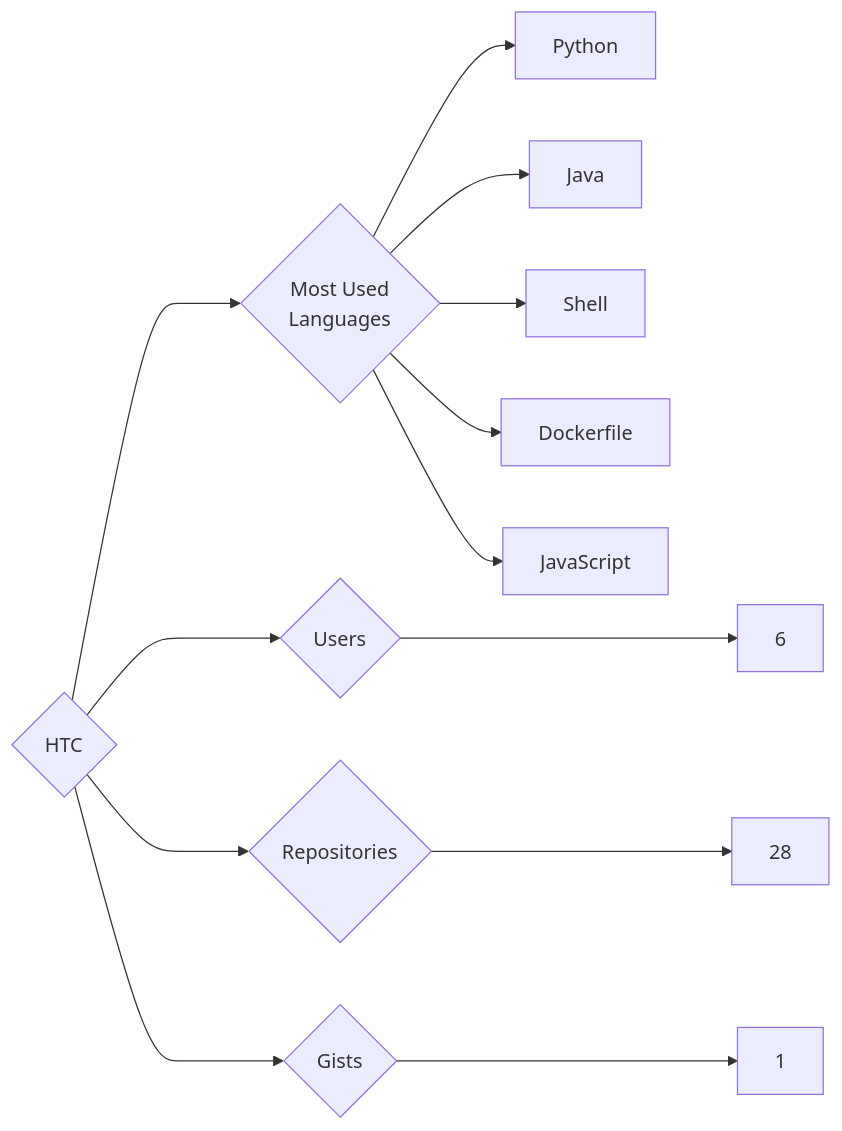
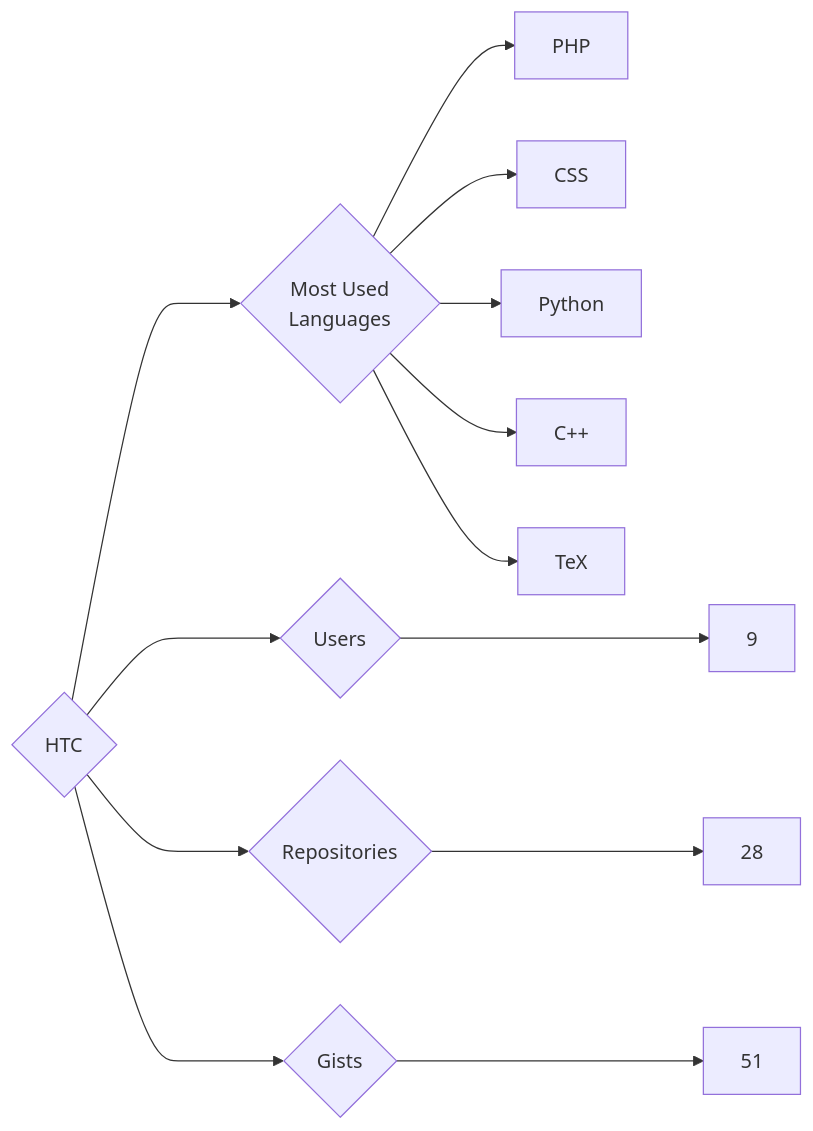
Before and after one commit to trickest/insiders: the diagram in targets/HTC/README.md, drawn with Mermaid. The commit also changed 872 other files, not shown here.

````diff
--- a/targets/HTC/README.md
+++ b/targets/HTC/README.md
@@ -3,13 +3,13 @@
 ```mermaid
 graph LR
 COMPANY_NAME{HTC}
-COMPANY_NAME ---> U{Users} ---> UN[6]
+COMPANY_NAME ---> U{Users} ---> UN[9]
 COMPANY_NAME ---> R{Repositories} ---> RN[28]
-COMPANY_NAME ---> G{Gists} ---> GN[1]
+COMPANY_NAME ---> G{Gists} ---> GN[51]
 COMPANY_NAME ---> ML{Most Used<br>Languages}
+ML --> PHP[PHP]
+ML --> CSS[CSS]
 ML --> Python[Python]
-ML --> Java[Java]
-ML --> Shell[Shell]
-ML --> Dockerfile[Dockerfile]
-ML --> JavaScript[JavaScript]
+ML --> C++[C++]
+ML --> TeX[TeX]
 ```
````
